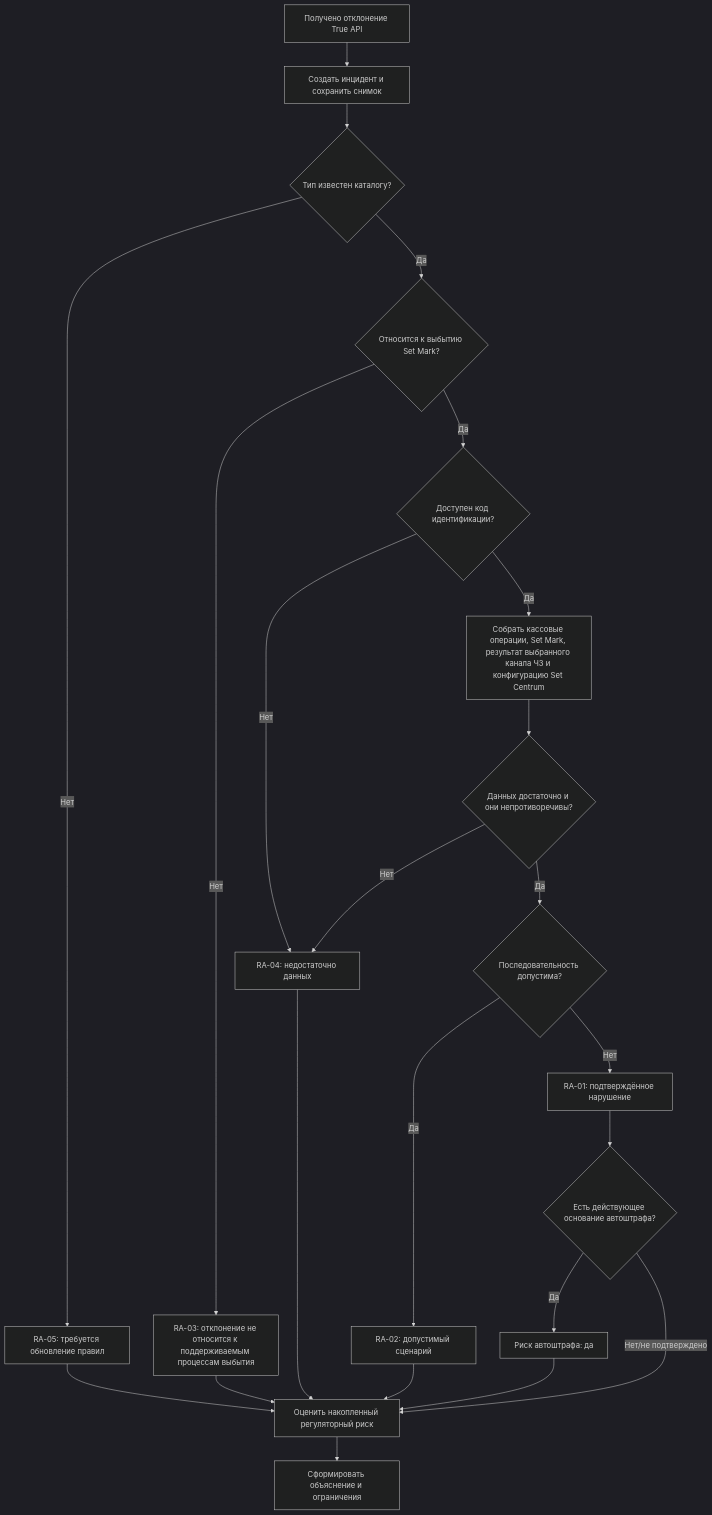
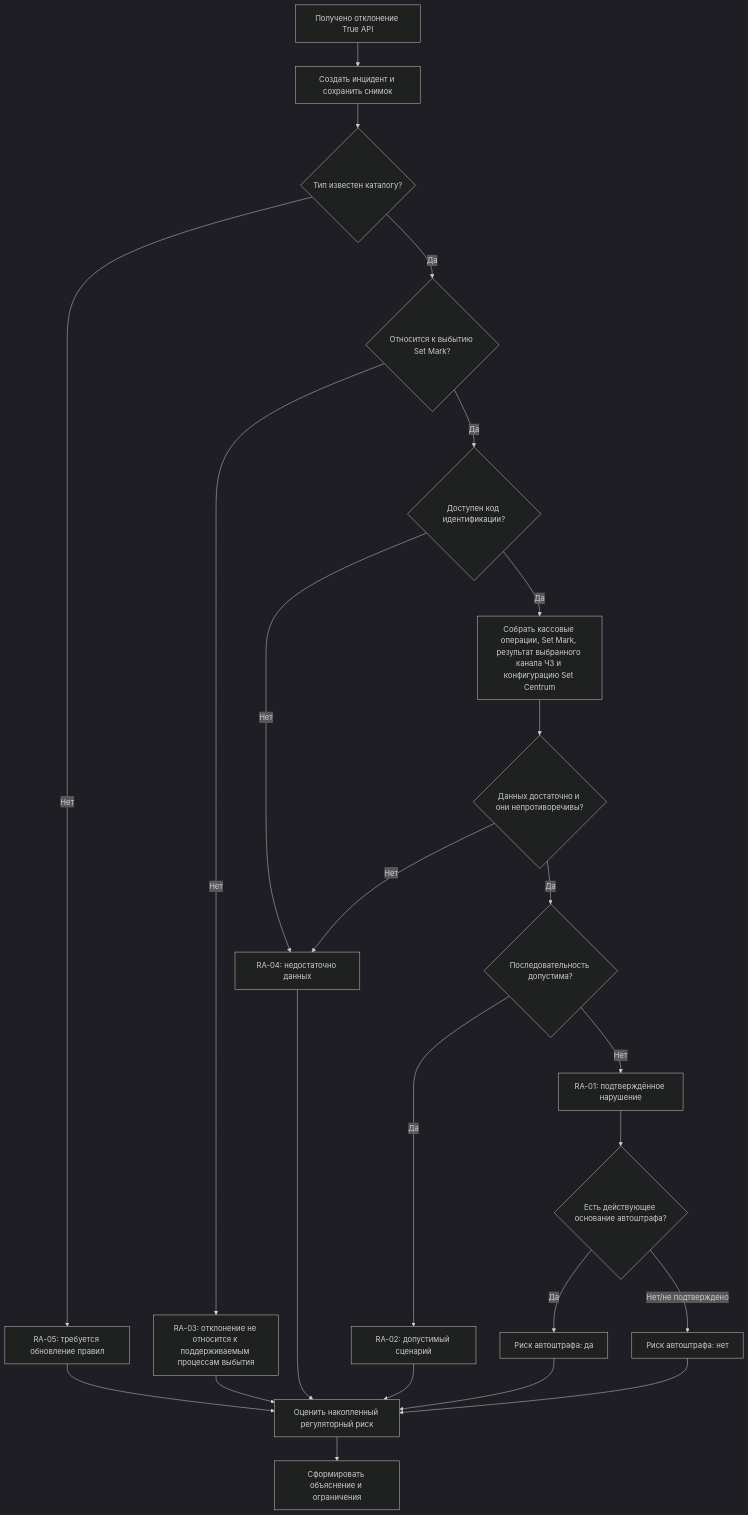
Before and after one commit to onufriev/setmark-report-module: the diagram in docs/product-definition/decision-model-v0.1.md, drawn with Mermaid (dark theme). The commit also changed other lines of this file, not shown here.

````diff
--- a/docs/product-definition/decision-model-v0.1.md
+++ b/docs/product-definition/decision-model-v0.1.md
@@ -41,25 +41,26 @@
 ```mermaid
 flowchart TD
     A["Получено отклонение True API"] --> B["Создать инцидент и сохранить снимок"]
     B --> C{"Тип известен каталогу?"}
     C -- "Нет" --> U["RA-05: требуется обновление правил"]
     C -- "Да" --> D{"Относится к выбытию Set Mark?"}
     D -- "Нет" --> O["RA-03: отклонение не относится к поддерживаемым процессам выбытия"]
     D -- "Да" --> K{"Доступен код идентификации?"}
     K -- "Нет" --> N["RA-04: недостаточно данных"]
     K -- "Да" --> G["Собрать кассовые операции, Set Mark, результат выбранного канала ЧЗ и конфигурацию Set Centrum"]
     G --> H{"Данных достаточно и они непротиворечивы?"}
     H -- "Нет" --> N
     H -- "Да" --> S{"Последовательность допустима?"}
     S -- "Да" --> P["RA-02: допустимый сценарий"]
     S -- "Нет" --> V["RA-01: подтверждённое нарушение"]
     V --> F{"Есть действующее основание автоштрафа?"}
     F -- "Да" --> CF["Риск автоштрафа: да"]
-    F -- "Нет/не подтверждено" --> CR["Оценить накопленный регуляторный риск"]
+    F -- "Нет/не подтверждено" --> NF["Риск автоштрафа: нет"]
+    NF --> CR["Оценить накопленный регуляторный риск"]
     P --> CR
     O --> CR
     N --> CR
     U --> CR
     CF --> CR
     CR --> X["Сформировать объяснение и ограничения"]
 ```
````
